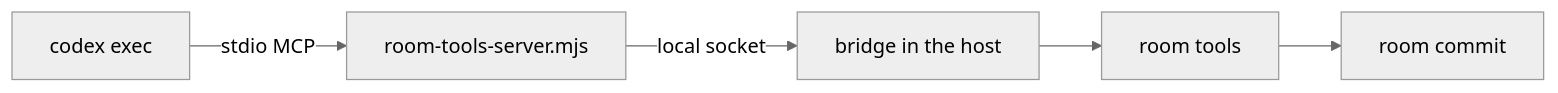
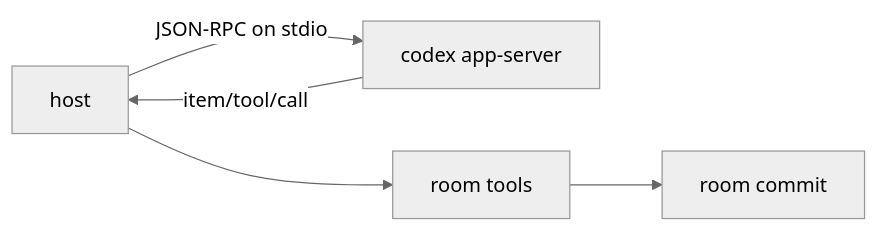
Before and after one commit to ambionframework/ambion: the diagram in docs/codex.md, drawn with Mermaid (neutral theme). The commit also changed other lines of this file and 53 other files, not shown here.

First line of the commit message:
Run a Codex seat on codex app-server, with steer and the session step

````diff
--- a/docs/codex.md
+++ b/docs/codex.md
@@ -257,7 +252,7 @@
 ```mermaid
 flowchart LR
-  C[codex exec] -- stdio MCP --> S[room-tools-server.mjs]
-  S -- local socket --> B[bridge in the host]
-  B --> T[room tools]
+  H[host] -- JSON-RPC on stdio --> C[codex app-server]
+  C -- item/tool/call --> H
+  H --> T[room tools]
   T --> R[room commit]
 ```
````
